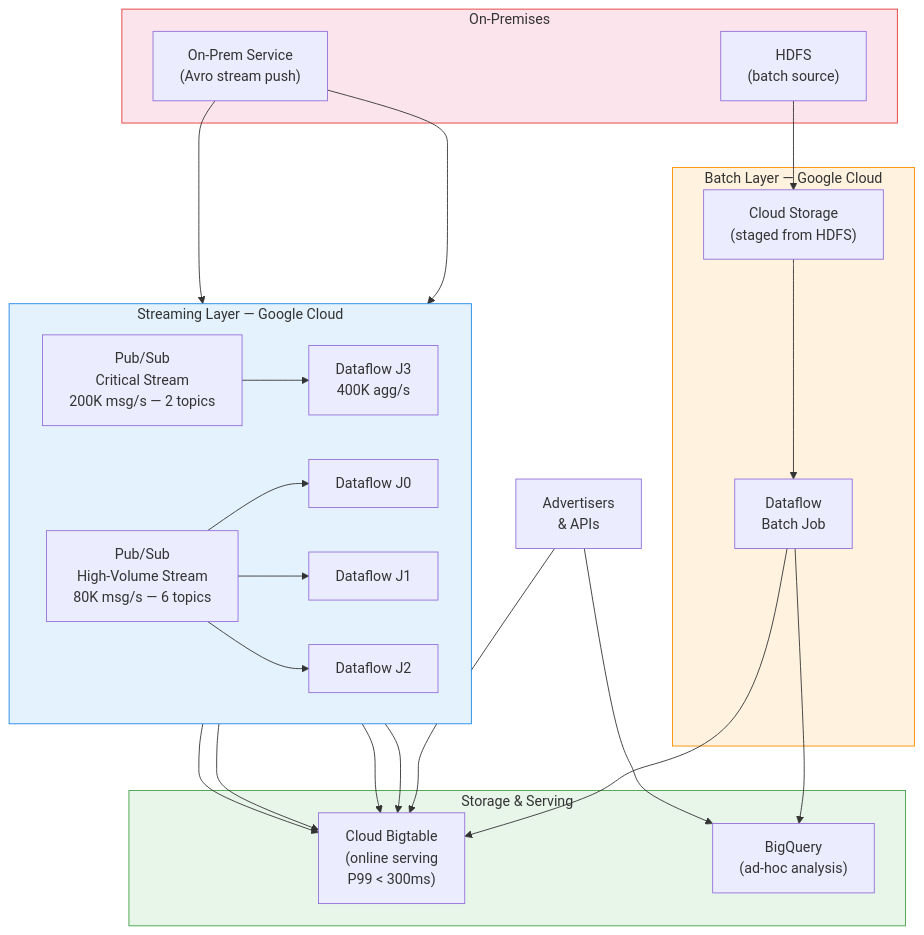
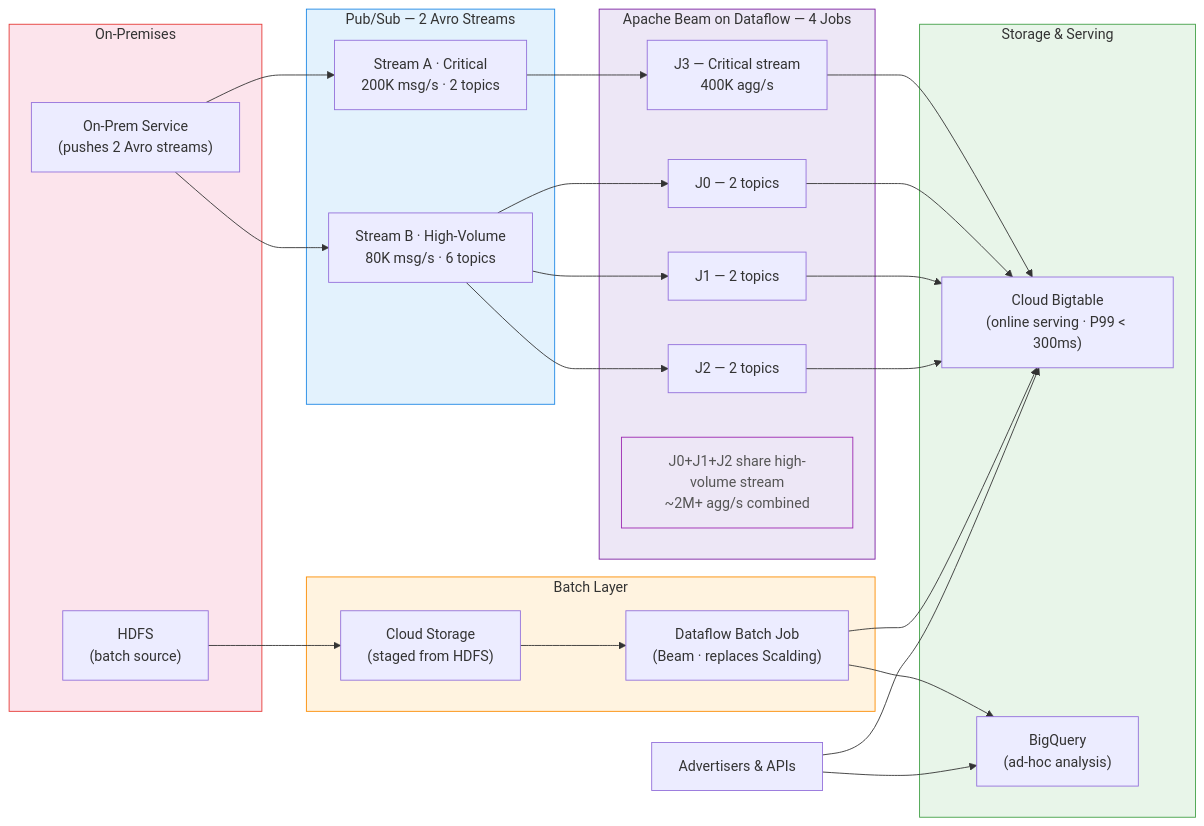
Before and after one commit to lfariabr/masters-swe-ai: the second of 2 diagrams in 2026-T1/CCF/modules/module_08_deployment-case-studies/module08_notes.md, drawn with Mermaid.

Commit message:
feat(study-ccf501): clarify iteration 2 diagram — 4 jobs, 2 streams, agg rates per job (Relates #110)

````diff
--- a/2026-T1/CCF/modules/module_08_deployment-case-studies/module08_notes.md
+++ b/2026-T1/CCF/modules/module_08_deployment-case-studies/module08_notes.md
@@ -140,46 +140,51 @@
 ```mermaid
-flowchart TB
+flowchart LR
     subgraph OnPrem["On-Premises"]
         HDFS["HDFS\n(batch source)"]
-        SvcPush["On-Prem Service\n(Avro stream push)"]
+        SvcPush["On-Prem Service\n(pushes 2 Avro streams)"]
     end
 
-    subgraph Streaming["Streaming Layer — Google Cloud"]
-        direction LR
-        PS_Critical["Pub/Sub\nCritical Stream\n200K msg/s — 2 topics"]
-        PS_Volume["Pub/Sub\nHigh-Volume Stream\n80K msg/s — 6 topics"]
-        J3["Dataflow J3\n400K agg/s"]
-        J0["Dataflow J0"]
-        J1["Dataflow J1"]
-        J2["Dataflow J2"]
+    subgraph Ingest["Pub/Sub — 2 Avro Streams"]
+        PS_C["Stream A · Critical\n200K msg/s · 2 topics"]
+        PS_V["Stream B · High-Volume\n80K msg/s · 6 topics"]
     end
 
-    subgraph Batch["Batch Layer — Google Cloud"]
+    subgraph Jobs["Apache Beam on Dataflow — 4 Jobs"]
+        J3["J3 — Critical stream\n400K agg/s"]
+        J0["J0 — 2 topics"]
+        J1["J1 — 2 topics"]
+        J2["J2 — 2 topics"]
+        note2["J0+J1+J2 share high-volume stream\n~2M+ agg/s combined"]
+    end
+
+    subgraph Batch["Batch Layer"]
         CS["Cloud Storage\n(staged from HDFS)"]
-        DFBatch["Dataflow\nBatch Job"]
+        DFBatch["Dataflow Batch Job\n(Beam · replaces Scalding)"]
     end
 
     subgraph Storage["Storage & Serving"]
-        BT["Cloud Bigtable\n(online serving\nP99 < 300ms)"]
+        BT["Cloud Bigtable\n(online serving · P99 < 300ms)"]
         BQ["BigQuery\n(ad-hoc analysis)"]
     end
 
-    Clients["Advertisers\n& APIs"]
+    Advertisers["Advertisers & APIs"]
 
     HDFS --> CS --> DFBatch
-    SvcPush --> PS_Critical --> J3
-    SvcPush --> PS_Volume --> J0 & J1 & J2
+    SvcPush --> PS_C --> J3
+    SvcPush --> PS_V --> J0 & J1 & J2
 
     J3 --> BT
     J0 & J1 & J2 --> BT
     DFBatch --> BT
     DFBatch --> BQ
 
-    Clients --> BT
-    Clients --> BQ
+    Advertisers --> BT
+    Advertisers --> BQ
 
-    style Streaming fill:#e3f2fd,stroke:#1e88e5
+    style Ingest fill:#e3f2fd,stroke:#1e88e5
+    style Jobs fill:#ede7f6,stroke:#7b1fa2
     style Batch fill:#fff3e0,stroke:#fb8c00
     style Storage fill:#e8f5e9,stroke:#43a047
     style OnPrem fill:#fce4ec,stroke:#e53935
+    style note2 fill:#ede7f6,stroke:#9c27b0,color:#555
 ```
````
